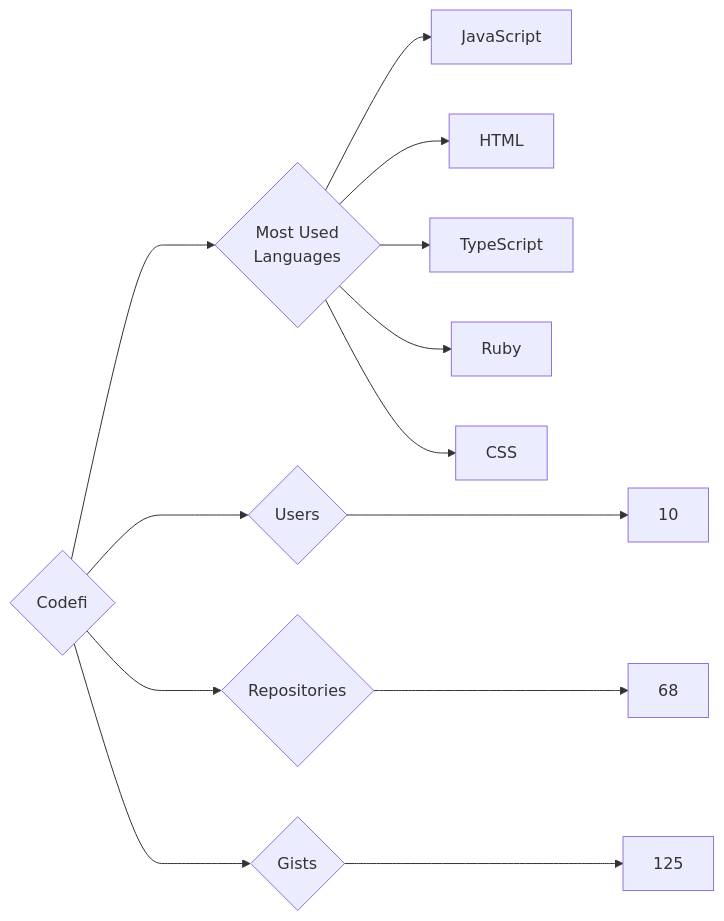
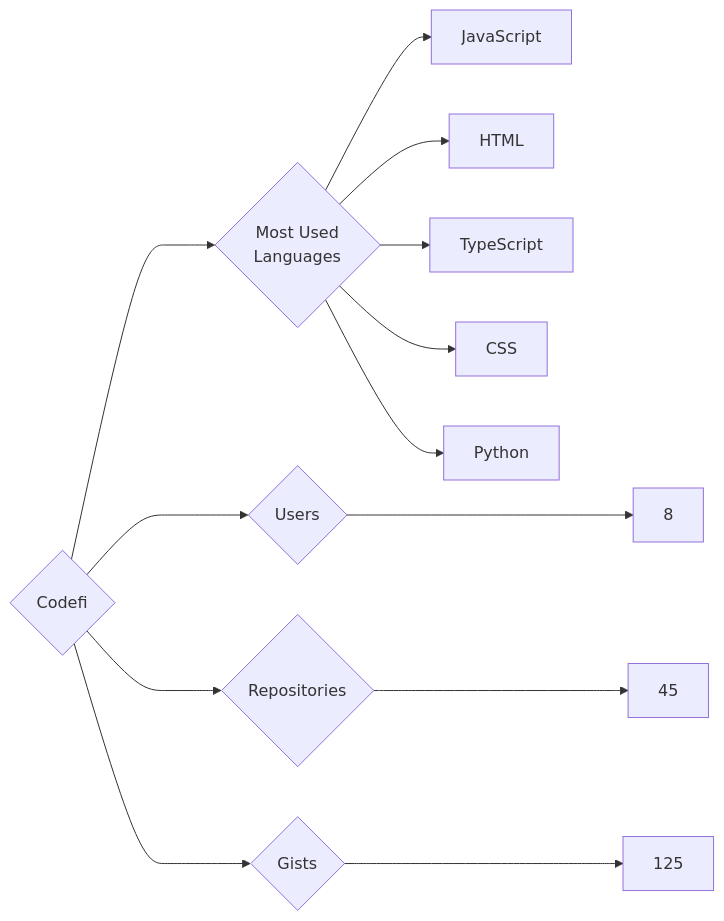
One commit to trickest/insiders changed the diagram in targets/Codefi/README.md. Above: the diagram before and after it, drawn with Mermaid. The commit also changed 679 other files, not shown here.

````diff
--- a/targets/Codefi/README.md
+++ b/targets/Codefi/README.md
@@ -3,13 +3,13 @@
 ```mermaid
 graph LR
 COMPANY_NAME{Codefi}
-COMPANY_NAME ---> U{Users} ---> UN[10]
-COMPANY_NAME ---> R{Repositories} ---> RN[68]
+COMPANY_NAME ---> U{Users} ---> UN[8]
+COMPANY_NAME ---> R{Repositories} ---> RN[45]
 COMPANY_NAME ---> G{Gists} ---> GN[125]
 COMPANY_NAME ---> ML{Most Used<br>Languages}
 ML --> JavaScript[JavaScript]
 ML --> HTML[HTML]
 ML --> TypeScript[TypeScript]
-ML --> Ruby[Ruby]
 ML --> CSS[CSS]
+ML --> Python[Python]
 ```
````
